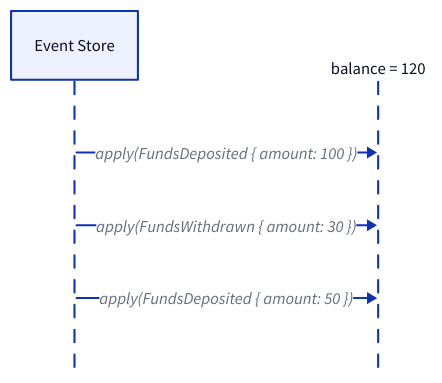
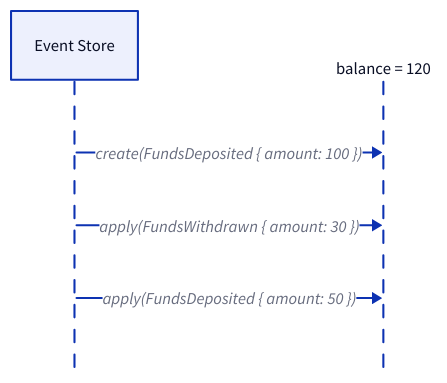
Before and after one commit to danieleades/sourcery: the diagram in docs/src/core-traits/aggregate.md, drawn with D2. The commit also changed other lines of this file and 55 other files, not shown here.

````diff
--- a/docs/src/core-traits/aggregate.md
+++ b/docs/src/core-traits/aggregate.md
@@ -66,14 +67,13 @@
 ```d2
 shape: sequence_diagram
 
 Store: Event Store
-Agg: Account (Default)
+Agg: Account (created from first event)
 
-Agg: "balance = 0" {shape: text}
-Store -> Agg: "apply(FundsDeposited { amount: 100 })"
+Store -> Agg: "create(FundsDeposited { amount: 100 })"
 Agg: "balance = 100" {shape: text}
 Store -> Agg: "apply(FundsWithdrawn { amount: 30 })"
 Agg: "balance = 70" {shape: text}
 Store -> Agg: "apply(FundsDeposited { amount: 50 })"
 Agg: "balance = 120" {shape: text}
 ```
````
